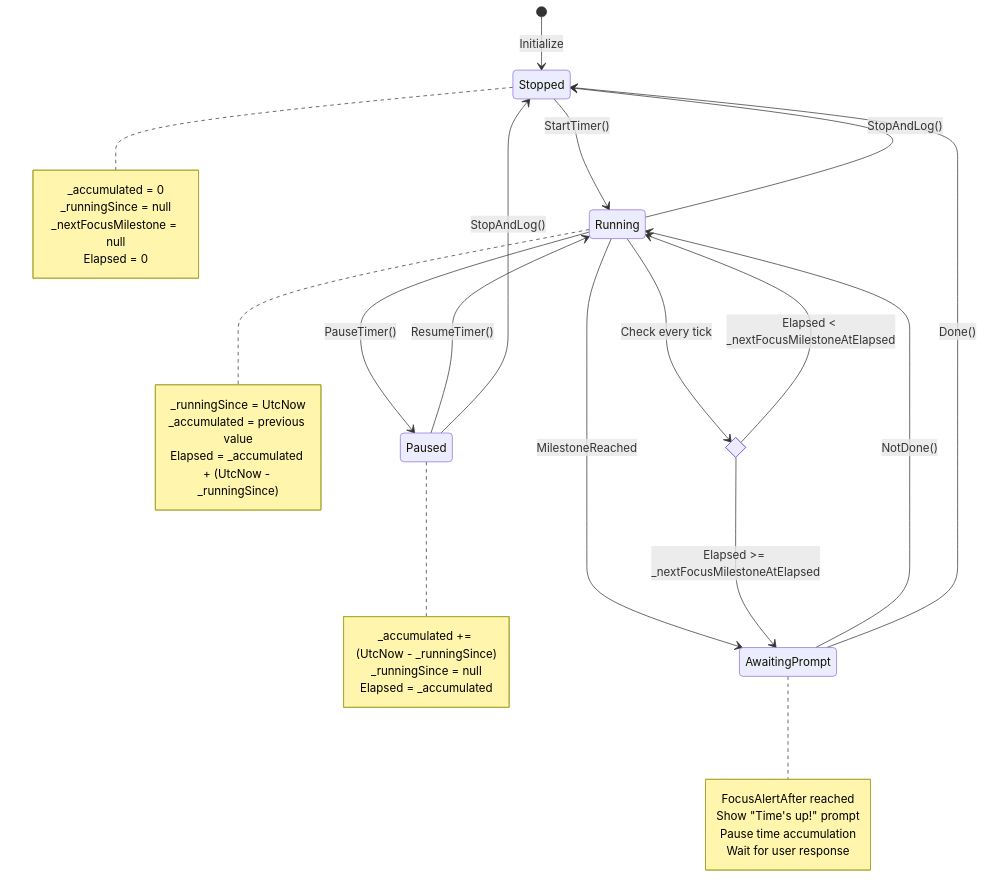
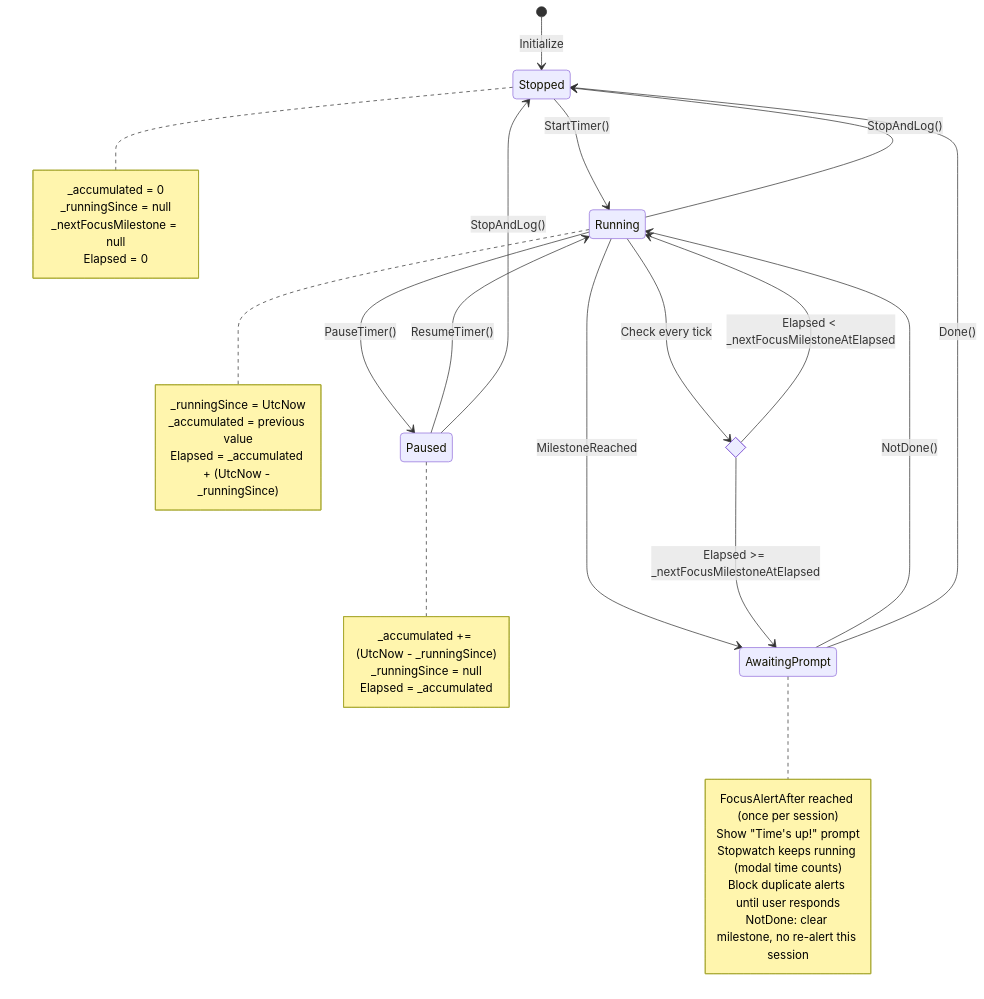
The diagram in docs/automation/diagrams/04-timer-state-machine.mmd (kadato/Habitinator), drawn with Mermaid before and after one commit. The commit also changed 3 other files, not shown here.

First line of the commit message:
fix(timer): improve time's up Not done flow and log set duration on done

```diff
--- a/docs/automation/diagrams/04-timer-state-machine.mmd
+++ b/docs/automation/diagrams/04-timer-state-machine.mmd
@@ -1,51 +1,52 @@
 %% Global Timer State Machine
-%% Focus timer with auto-pause and milestone detection
+%% Focus timer with one-shot milestone alert (clock keeps running during prompt)
 
 stateDiagram-v2
     [*] --> Stopped: Initialize
 
     Stopped --> Running: StartTimer()
     
     Running --> Paused: PauseTimer()
     Running --> AwaitingPrompt: MilestoneReached
     
     Paused --> Running: ResumeTimer()
     Paused --> Stopped: StopAndLog()
     
     AwaitingPrompt --> Running: NotDone()
     AwaitingPrompt --> Stopped: Done()
     
     %% Transitions back to Stopped
     Running --> Stopped: StopAndLog()
 
     note right of Stopped
         _accumulated = 0
         _runningSince = null
         _nextFocusMilestone = null
         Elapsed = 0
     end note
 
     note right of Running
         _runningSince = UtcNow
         _accumulated = previous value
         Elapsed = _accumulated + (UtcNow - _runningSince)
     end note
 
     note right of Paused
         _accumulated += (UtcNow - _runningSince)
         _runningSince = null
         Elapsed = _accumulated
     end note
 
     note right of AwaitingPrompt
-        FocusAlertAfter reached
+        FocusAlertAfter reached (once per session)
         Show "Time's up!" prompt
-        Pause time accumulation
-        Wait for user response
+        Stopwatch keeps running (modal time counts)
+        Block duplicate alerts until user responds
+        NotDone: clear milestone, no re-alert this session
     end note
 
     %% Milestone logic detail
     state MilestoneLogic <<choice>>
     Running --> MilestoneLogic: Check every tick
     MilestoneLogic --> AwaitingPrompt: Elapsed >= _nextFocusMilestoneAtElapsed
     MilestoneLogic --> Running: Elapsed < _nextFocusMilestoneAtElapsed
```
